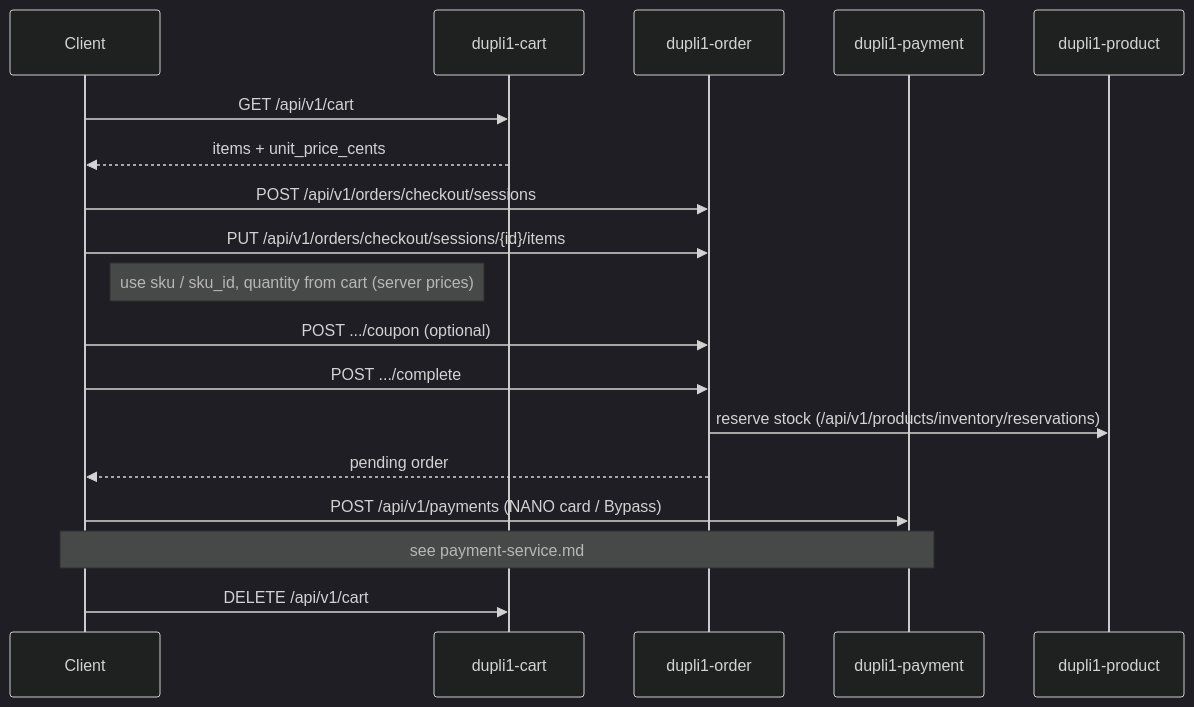
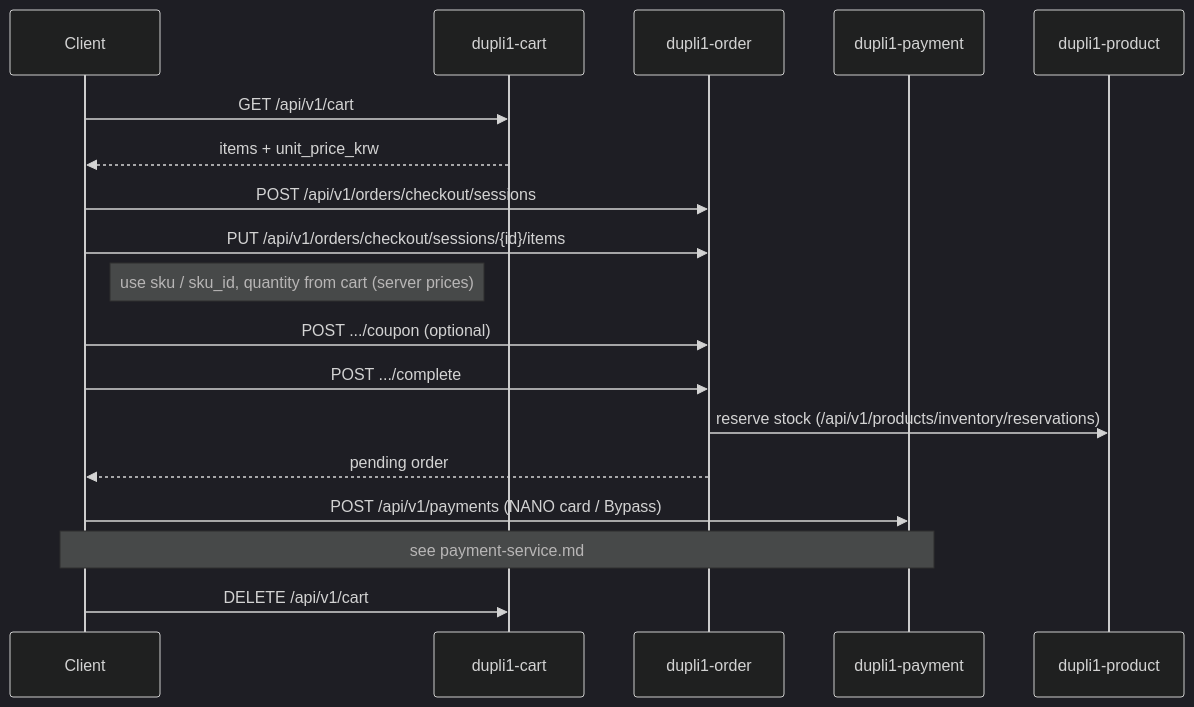
One commit to elug3/dupli1 changed the second of 2 diagrams in docs/cart-service.md. Above: the diagram before and after it, drawn with Mermaid (dark theme). The commit also changed other lines of this file and 79 other files, not shown here.

First line of the commit message:
Rename money fields from *_cents to *_krw

````diff
--- a/docs/cart-service.md
+++ b/docs/cart-service.md
@@ -268,25 +268,25 @@
 ```mermaid
 sequenceDiagram
     participant Client
     participant Cart as dupli1-cart
     participant Order as dupli1-order
     participant Pay as dupli1-payment
     participant Product as dupli1-product
 
     Client->>Cart: GET /api/v1/cart
-    Cart-->>Client: items + unit_price_cents
+    Cart-->>Client: items + unit_price_krw
 
     Client->>Order: POST /api/v1/orders/checkout/sessions
     Client->>Order: PUT /api/v1/orders/checkout/sessions/{id}/items
     Note right of Client: use sku / sku_id, quantity from cart (server prices)
 
     Client->>Order: POST .../coupon (optional)
     Client->>Order: POST .../complete
     Order->>Product: reserve stock (/api/v1/products/inventory/reservations)
     Order-->>Client: pending order
 
     Client->>Pay: POST /api/v1/payments (NANO card / Bypass)
     Note over Client,Pay: see payment-service.md
 
     Client->>Cart: DELETE /api/v1/cart
 ```
````
